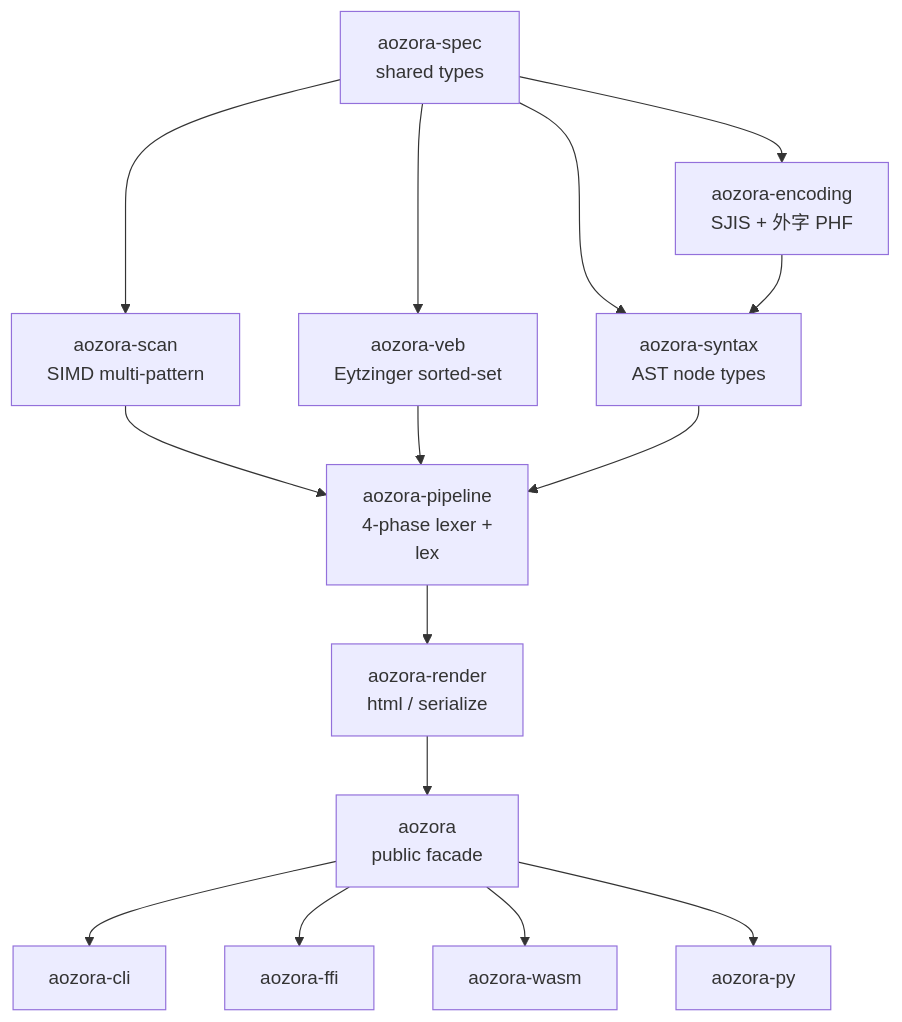
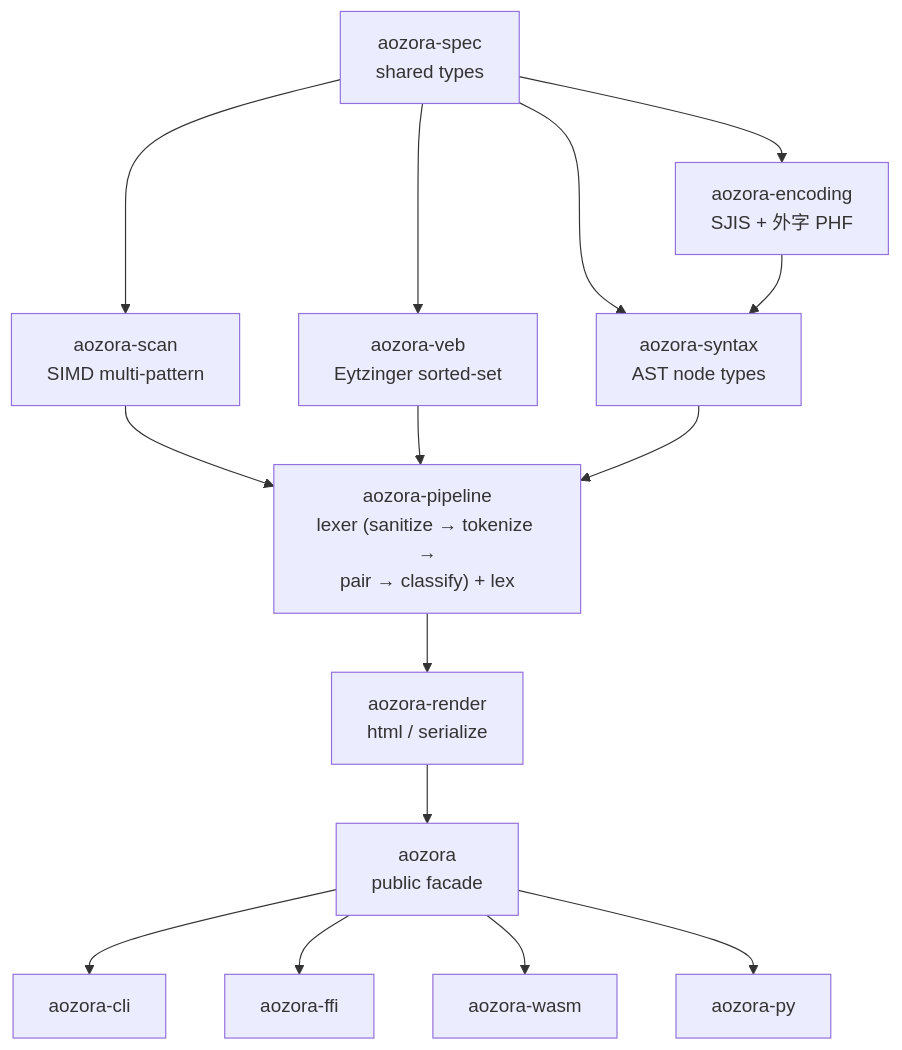
The second of 2 diagrams in crates/aozora-book/src/arch/pipeline.md (P4suta/aozora), drawn with Mermaid before and after one commit. The commit also changed other lines of this file and 174 other files, not shown here.

````diff
--- a/crates/aozora-book/src/arch/pipeline.md
+++ b/crates/aozora-book/src/arch/pipeline.md
@@ -29,30 +29,30 @@
 ```mermaid
 flowchart TD
     spec["aozora-spec<br/>shared types"]
     encoding["aozora-encoding<br/>SJIS + 外字 PHF"]
     scan["aozora-scan<br/>SIMD multi-pattern"]
     veb["aozora-veb<br/>Eytzinger sorted-set"]
     syntax["aozora-syntax<br/>AST node types"]
-    pipeline["aozora-pipeline<br/>4-phase lexer +<br/>lex"]
+    pipeline["aozora-pipeline<br/>lexer (sanitize → tokenize →<br/>pair → classify) + lex"]
     render["aozora-render<br/>html / serialize"]
     facade["aozora<br/>public facade"]
     cli["aozora-cli"]
     ffi["aozora-ffi"]
     wasm["aozora-wasm"]
     py["aozora-py"]
 
     spec --> encoding
     spec --> scan
     spec --> veb
     spec --> syntax
     encoding --> syntax
     scan --> pipeline
     veb --> pipeline
     syntax --> pipeline
     pipeline --> render
     render --> facade
     facade --> cli
     facade --> ffi
     facade --> wasm
     facade --> py
 ```
````
